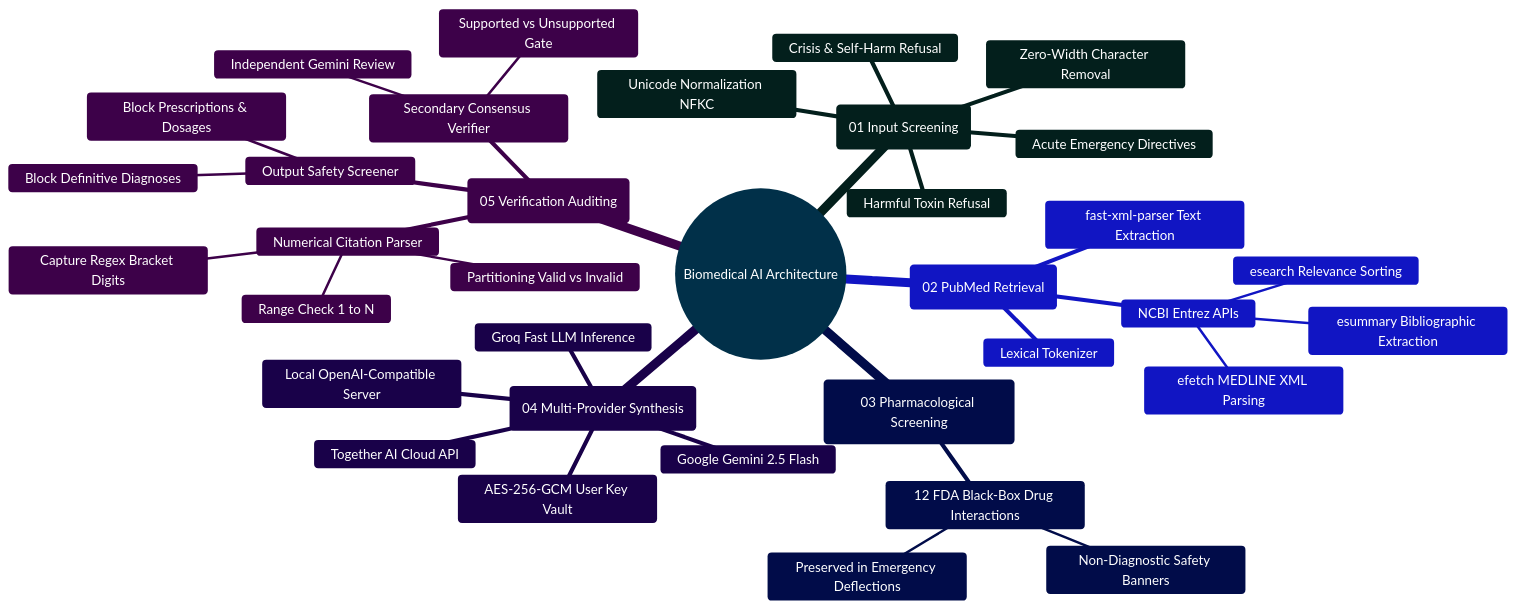
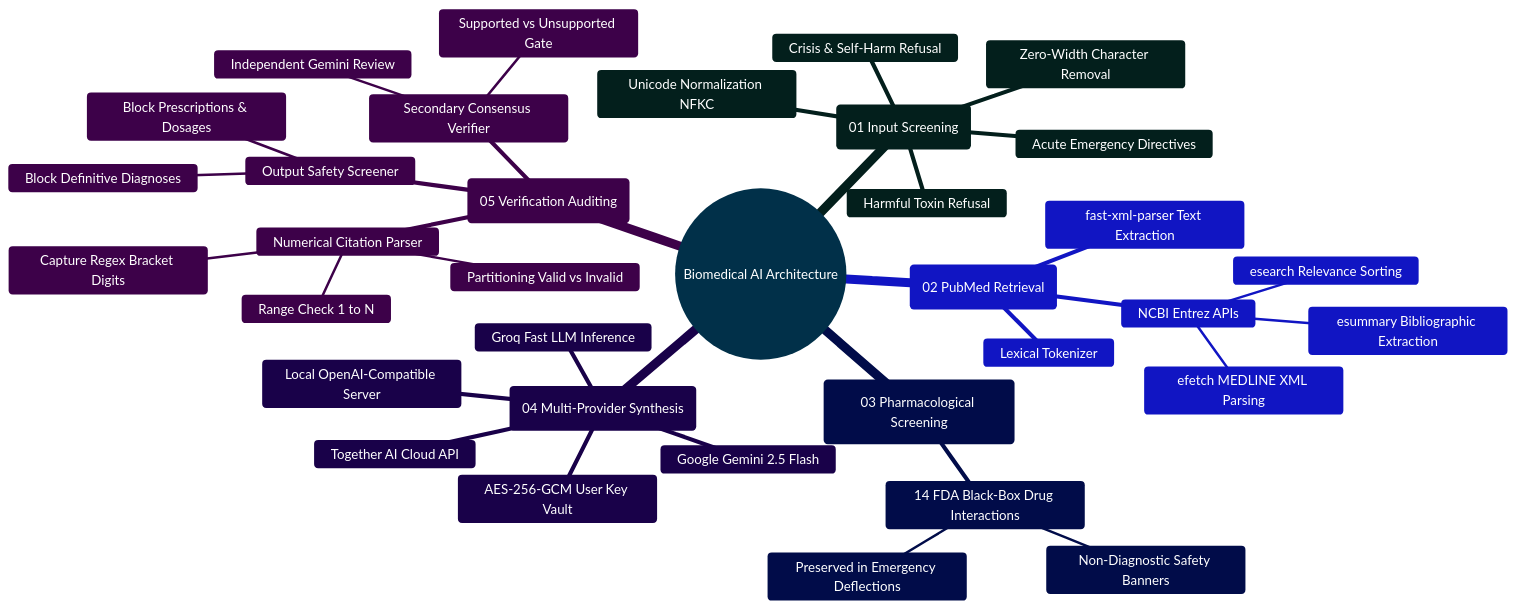
One commit to Ganesh172919/React-App-LLM changed the diagram in docs/AI_ARCHITECTURE_AND_WORKING_PRINCIPLES.md. Above: the diagram before and after it, drawn with Mermaid. The commit also changed other lines of this file and 1 other file, not shown here.

````diff
--- a/docs/AI_ARCHITECTURE_AND_WORKING_PRINCIPLES.md
+++ b/docs/AI_ARCHITECTURE_AND_WORKING_PRINCIPLES.md
@@ -92,40 +92,40 @@
 ```mermaid
 %%{init: {'theme': 'base', 'themeVariables': { 'primaryColor': '#0284c7', 'primaryTextColor': '#ffffff', 'primaryBorderColor': '#0369a1', 'lineColor': '#0284c7', 'secondaryColor': '#0d9488', 'tertiaryColor': '#6366f1' }}}%%
 mindmap
   root((Biomedical AI Architecture))
     ::icon(fa fa-stethoscope)
     (01 Input Screening)
       Unicode Normalization NFKC
       Zero-Width Character Removal
       Crisis & Self-Harm Refusal
       Harmful Toxin Refusal
       Acute Emergency Directives
     (02 PubMed Retrieval)
       Lexical Tokenizer
       NCBI Entrez APIs
         esearch Relevance Sorting
         esummary Bibliographic Extraction
         efetch MEDLINE XML Parsing
       fast-xml-parser Text Extraction
     (03 Pharmacological Screening)
-      12 FDA Black-Box Drug Interactions
+      14 FDA Black-Box Drug Interactions
         Preserved in Emergency Deflections
         Non-Diagnostic Safety Banners
     (04 Multi-Provider Synthesis)
       Google Gemini 2.5 Flash
       Groq Fast LLM Inference
       Together AI Cloud API
       Local OpenAI-Compatible Server
       AES-256-GCM User Key Vault
     (05 Verification Auditing)
       Numerical Citation Parser
         Capture Regex Bracket Digits
         Range Check 1 to N
         Partitioning Valid vs Invalid
       Secondary Consensus Verifier
         Independent Gemini Review
         Supported vs Unsupported Gate
       Output Safety Screener
         Block Prescriptions & Dosages
         Block Definitive Diagnoses
 ```
````
